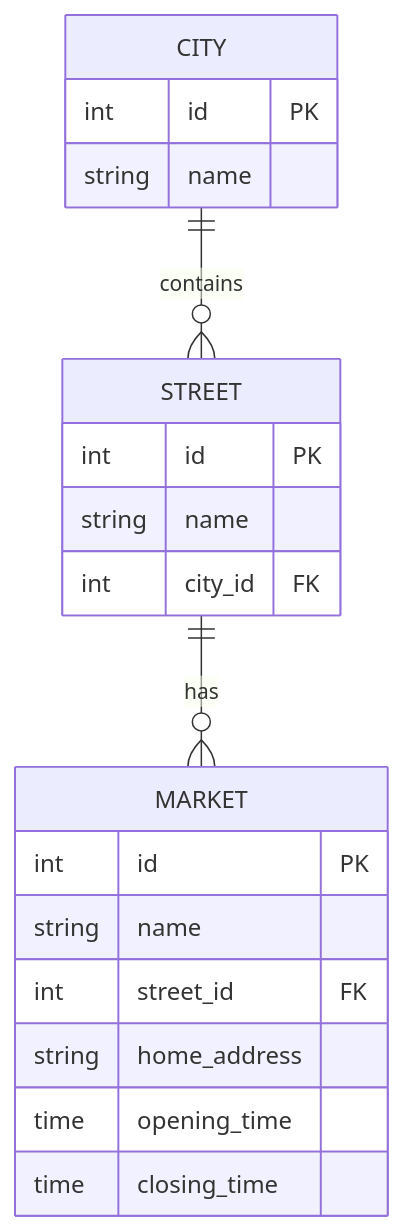
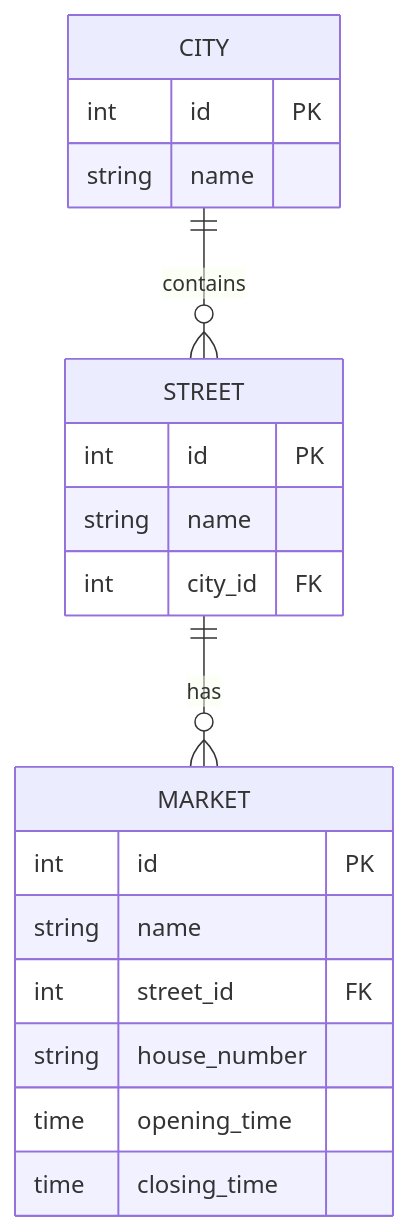
The diagram in README.md (codegenerator3000/simple-api-with-cicd), drawn with Mermaid before and after one commit. The commit also changed 1 other file, not shown here.

Commit message:
fix(models): rename home_address to house_number
The README spec and the ORM already used house_number; the DTO was the
last place still carrying home_address, so the rename reconciles the
spec/code mismatch AGENTS.md documented. MarketDTO gains
from_attributes so it can be built straight from the ORM entity.

````diff
--- a/README.md
+++ b/README.md
@@ -17,23 +17,23 @@
 ```mermaid
 erDiagram
     CITY ||--o{ STREET : contains
     STREET ||--o{ MARKET : has
 
     CITY {
         int id PK
         string name
     }
     STREET {
         int id PK
         string name
         int city_id FK
     }
     MARKET {
         int id PK
         string name
         int street_id FK
-        string home_address
+        string house_number
         time opening_time
         time closing_time
     }
 ```
````
